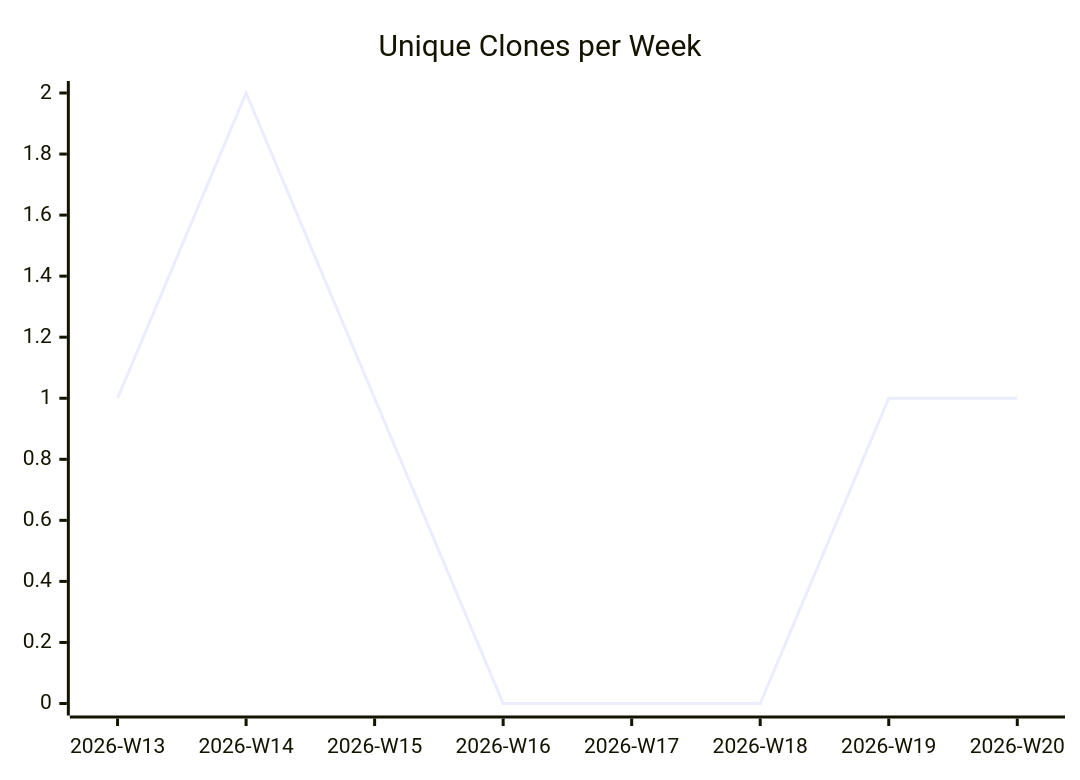
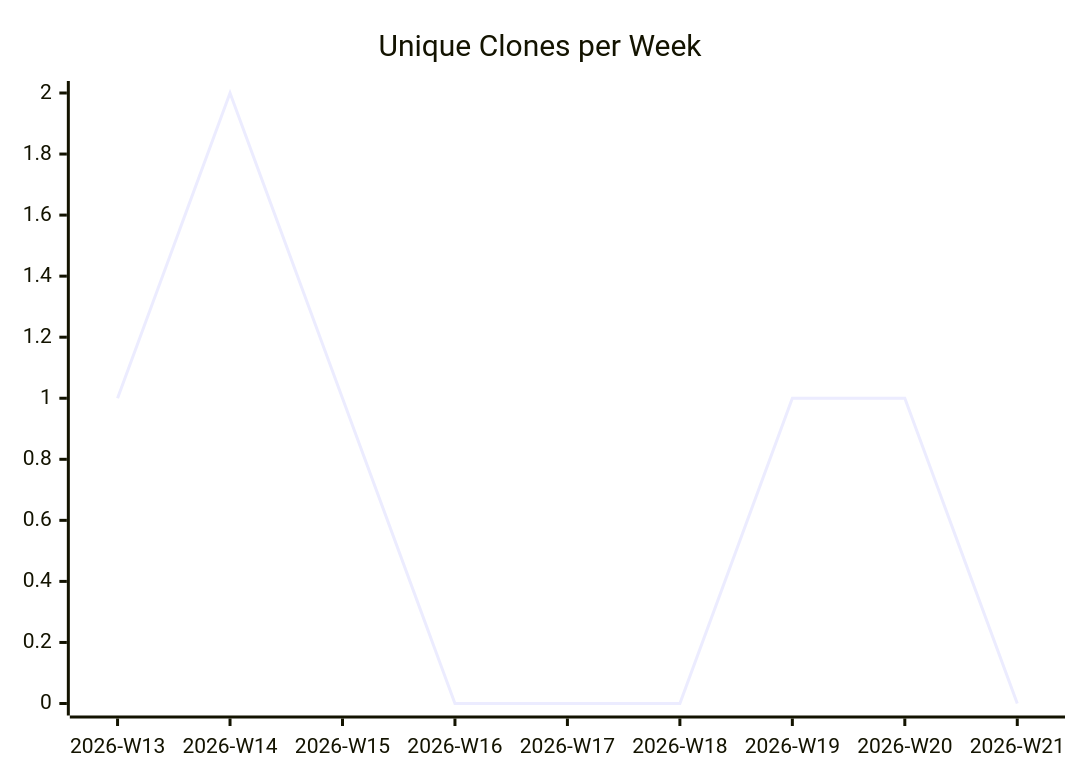
Before and after one commit to justdavis-family/github-analytics-data: the third of 3 diagrams in karlmdavis/ansible-jenkins/README.md, drawn with Mermaid. The commit also changed other lines of this file and 189 other files, not shown here.

````diff
--- a/karlmdavis/ansible-jenkins/README.md
+++ b/karlmdavis/ansible-jenkins/README.md
@@ -19,6 +19,6 @@
 ```mermaid
 xychart-beta
   title "Unique Clones per Week"
-  x-axis ["2026-W13", "2026-W14", "2026-W15", "2026-W16", "2026-W17", "2026-W18", "2026-W19", "2026-W20"]
-  line [1, 2, 1, 0, 0, 0, 1, 1]
+  x-axis ["2026-W13", "2026-W14", "2026-W15", "2026-W16", "2026-W17", "2026-W18", "2026-W19", "2026-W20", "2026-W21"]
+  line [1, 2, 1, 0, 0, 0, 1, 1, 0]
 ```
````
